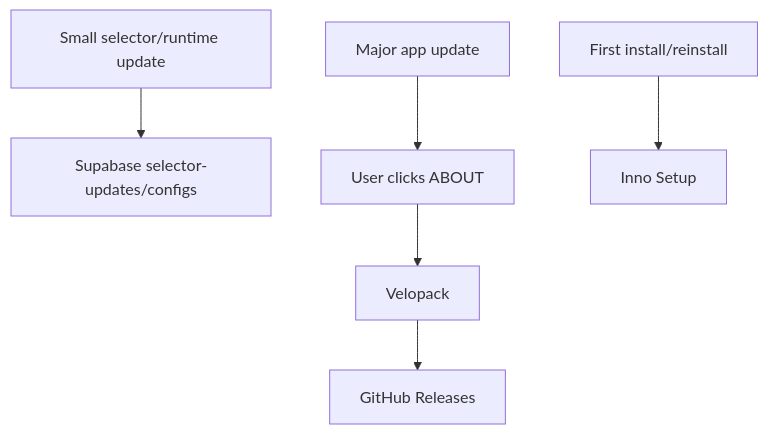
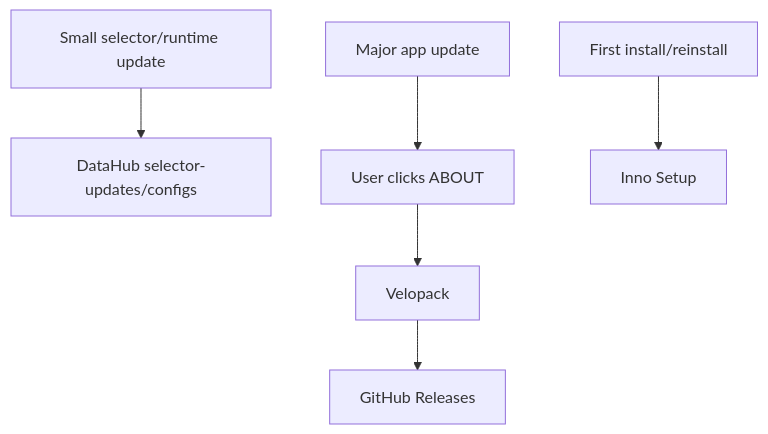
One commit to Datt03-sss/AutoJMS changed the third of 3 diagrams in docs/project/PROJECT_OVERVIEW_CURRENT.vi.md. Above: the diagram before and after it, drawn with Mermaid. The commit also changed other lines of this file and 286 other files, not shown here.

````diff
--- a/docs/project/PROJECT_OVERVIEW_CURRENT.vi.md
+++ b/docs/project/PROJECT_OVERVIEW_CURRENT.vi.md
@@ -415,8 +415,8 @@
 ```mermaid
 flowchart TD
-    Small["Small selector/runtime update"] --> Supabase["Supabase selector-updates/configs"]
+    Small["Small selector/runtime update"] --> DataHub["DataHub selector-updates/configs"]
     Major["Major app update"] --> About["User clicks ABOUT"]
     About --> Velopack["Velopack"]
     Velopack --> GitHub["GitHub Releases"]
     FirstInstall["First install/reinstall"] --> Inno["Inno Setup"]
 ```
````
